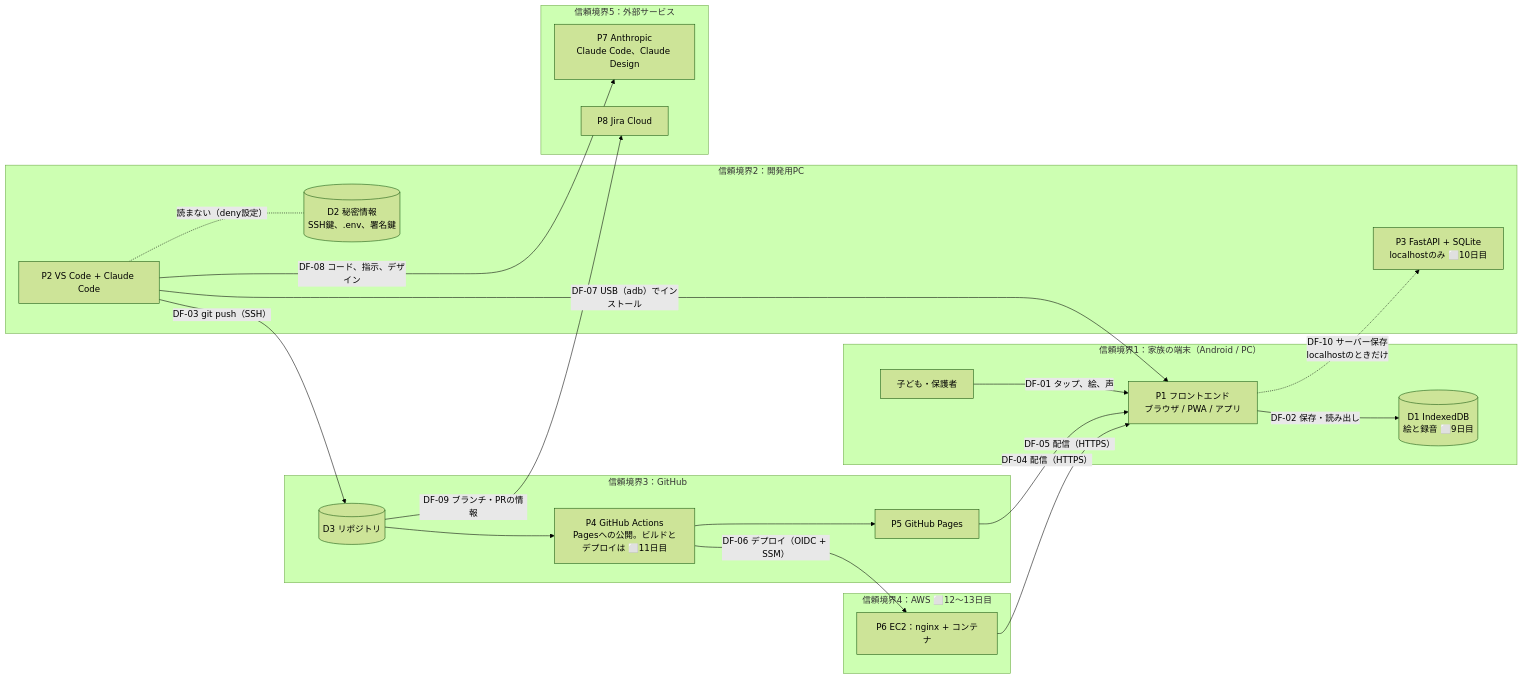
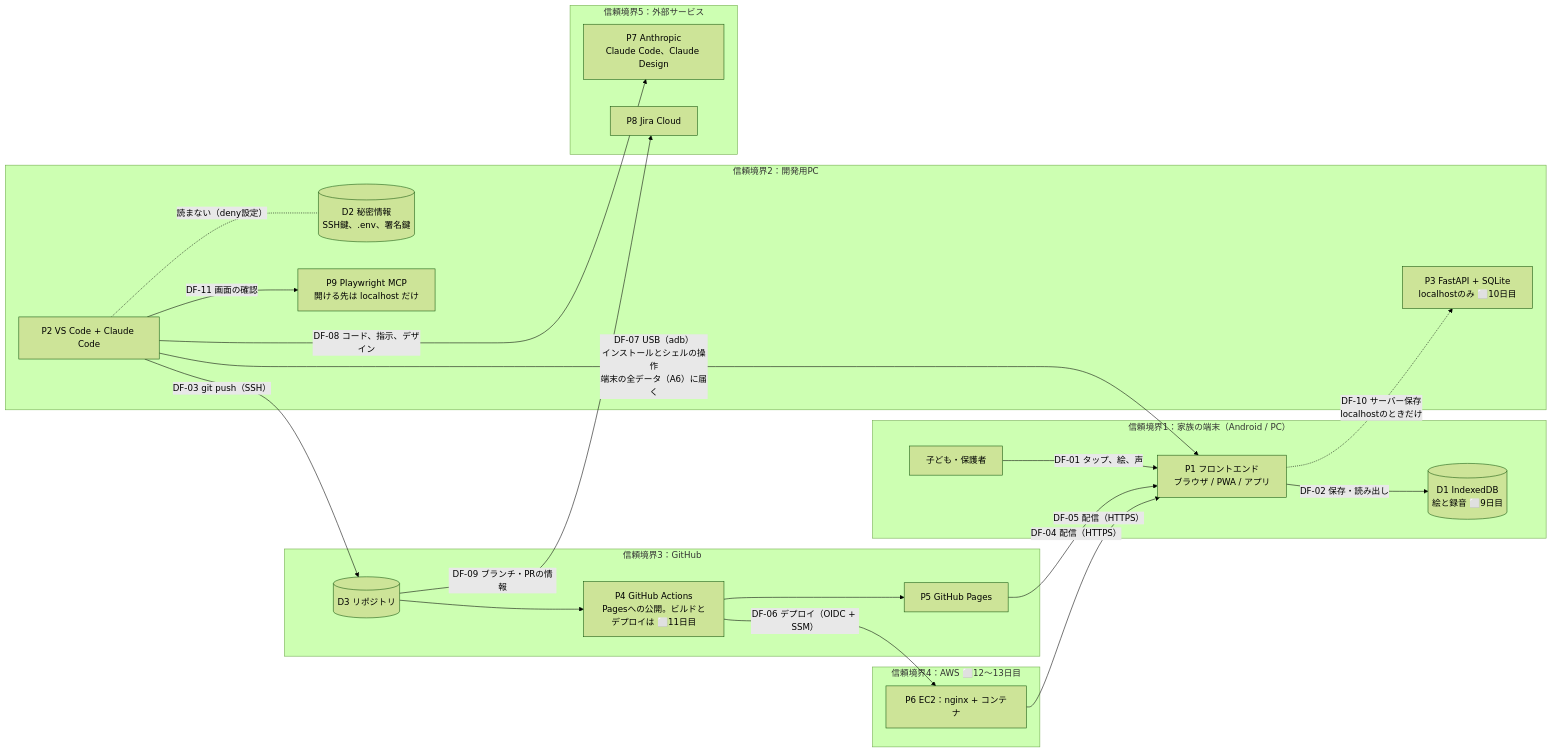
The diagram in docs/security/threat-model.md (Hayato-F110/kids-play), drawn with Mermaid (forest theme) before and after one commit. The commit also changed other lines of this file, not shown here.

Commit message:
KIDS-27 docs: 脅威分析の7日目の見直し（T-16 を対策後に再評価、MCP を図に追加）

````diff
--- a/docs/security/threat-model.md
+++ b/docs/security/threat-model.md
@@ -24,42 +24,44 @@
 ```mermaid
 flowchart LR
     subgraph TB1["信頼境界1：家族の端末（Android / PC）"]
         child["子ども・保護者"]
         ui["P1 フロントエンド<br>ブラウザ / PWA / アプリ"]
         idb[("D1 IndexedDB<br>絵と録音 ⬜9日目")]
         child -- "DF-01 タップ、絵、声" --> ui
         ui -- "DF-02 保存・読み出し" --> idb
     end
 
     subgraph TB2["信頼境界2：開発用PC"]
         dev["P2 VS Code + Claude Code"]
         secrets[("D2 秘密情報<br>SSH鍵、.env、署名鍵")]
         localapi["P3 FastAPI + SQLite<br>localhostのみ ⬜10日目"]
+        mcp["P9 Playwright MCP<br>開ける先は localhost だけ"]
         dev -. "読まない（deny設定）" .- secrets
+        dev -- "DF-11 画面の確認" --> mcp
     end
 
     subgraph TB3["信頼境界3：GitHub"]
         repo[("D3 リポジトリ")]
         actions["P4 GitHub Actions<br>Pagesへの公開。ビルドとデプロイは ⬜11日目"]
         pages["P5 GitHub Pages"]
         repo --> actions --> pages
     end
 
     subgraph TB4["信頼境界4：AWS ⬜12〜13日目"]
         ec2["P6 EC2：nginx + コンテナ"]
     end
 
     subgraph TB5["信頼境界5：外部サービス"]
         claude["P7 Anthropic<br>Claude Code、Claude Design"]
         jira["P8 Jira Cloud"]
     end
 
     dev -- "DF-03 git push（SSH）" --> repo
     pages -- "DF-04 配信（HTTPS）" --> ui
     ec2 -- "DF-05 配信（HTTPS）" --> ui
     actions -- "DF-06 デプロイ（OIDC + SSM）" --> ec2
-    dev -- "DF-07 USB（adb）でインストール" --> ui
+    dev -- "DF-07 USB（adb）<br>インストールとシェルの操作<br>端末の全データ（A6）に届く" --> ui
     dev -- "DF-08 コード、指示、デザイン" --> claude
     repo -- "DF-09 ブランチ・PRの情報" --> jira
     ui -. "DF-10 サーバー保存<br>localhostのときだけ" .-> localapi
 ```
````
